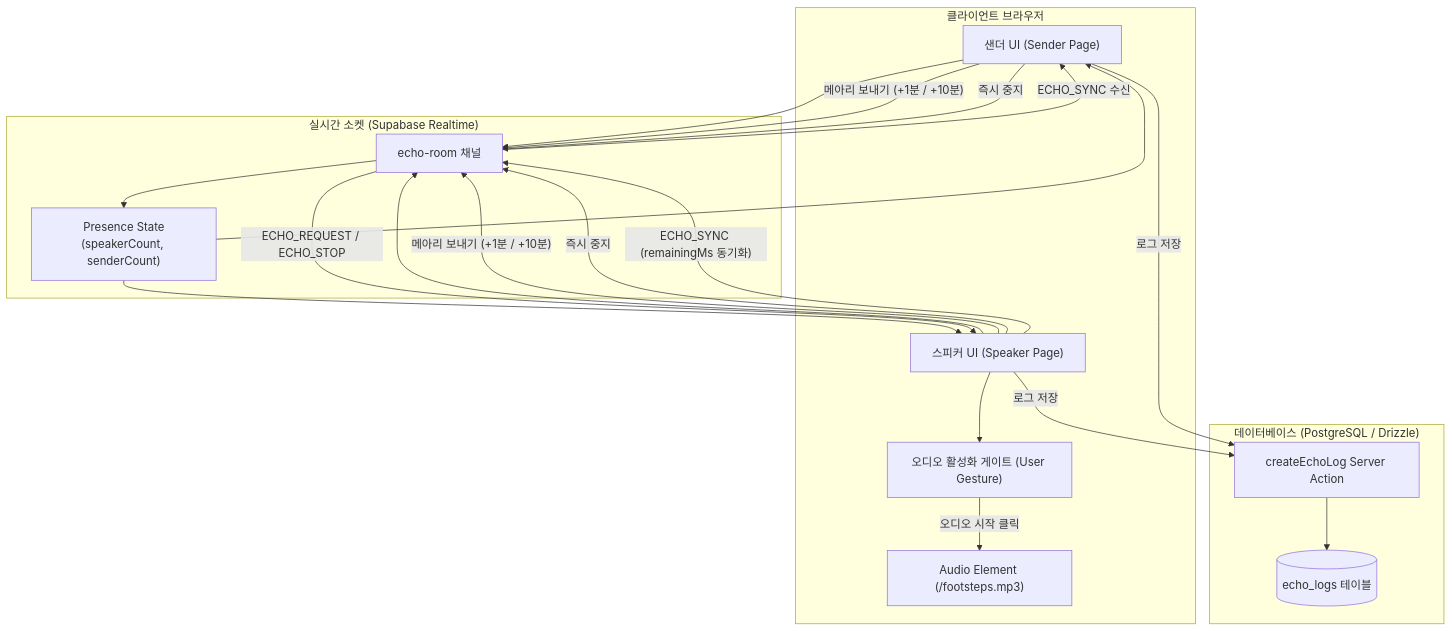
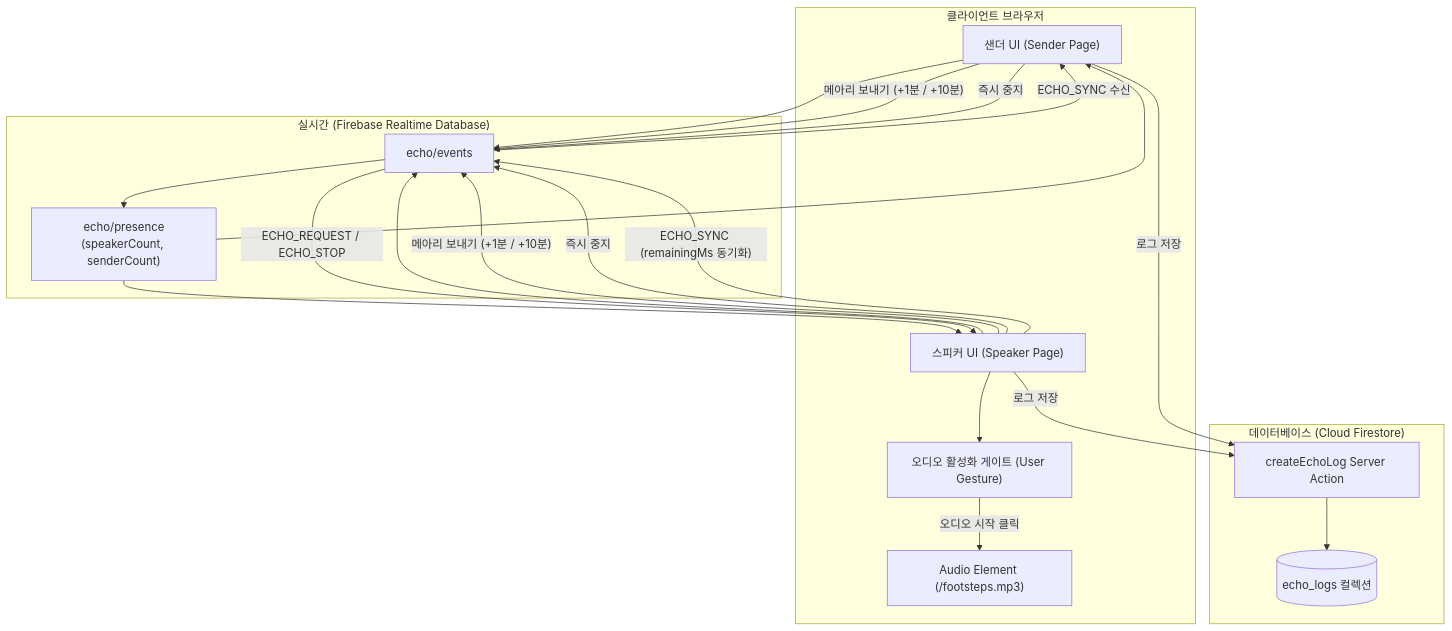
One commit to devyyj/joyopi changed the first of 2 diagrams in docs/02_메아리.md. Above: the diagram before and after it, drawn with Mermaid. The commit also changed other lines of this file and 40 other files, not shown here.

````diff
--- a/docs/02_메아리.md
+++ b/docs/02_메아리.md
@@ -51,42 +62,42 @@
 ```mermaid
 flowchart TD
     subgraph Client["클라이언트 브라우저"]
         SenderUI["샌더 UI (Sender Page)"]
         SpeakerUI["스피커 UI (Speaker Page)"]
         AudioGate["오디오 활성화 게이트 (User Gesture)"]
         AudioPlayer["Audio Element (/footsteps.mp3)"]
     end
 
-    subgraph Socket["실시간 소켓 (Supabase Realtime)"]
-        EchoRoom["echo-room 채널"]
-        Presence["Presence State\n(speakerCount, senderCount)"]
+    subgraph Socket["실시간 (Firebase Realtime Database)"]
+        EchoRoom["echo/events"]
+        Presence["echo/presence\n(speakerCount, senderCount)"]
     end
 
-    subgraph Database["데이터베이스 (PostgreSQL / Drizzle)"]
+    subgraph Database["데이터베이스 (Cloud Firestore)"]
         ServerAction["createEchoLog Server Action"]
-        EchoLogsDB[("echo_logs 테이블")]
+        EchoLogsDB[("echo_logs 컬렉션")]
     end
 
     SenderUI --> EchoRoom
     SpeakerUI --> EchoRoom
 
     EchoRoom --> Presence
     Presence --> SenderUI
     Presence --> SpeakerUI
 
     SpeakerUI --> AudioGate
     AudioGate -- "오디오 시작 클릭" --> AudioPlayer
 
     SenderUI -- "메아리 보내기 (+1분 / +10분)" --> EchoRoom
     SpeakerUI -- "메아리 보내기 (+1분 / +10분)" --> EchoRoom
     SenderUI -- "즉시 중지" --> EchoRoom
     SpeakerUI -- "즉시 중지" --> EchoRoom
 
     EchoRoom -- "ECHO_REQUEST / ECHO_STOP" --> SpeakerUI
     SpeakerUI -- "ECHO_SYNC (remainingMs 동기화)" --> EchoRoom
     EchoRoom -- "ECHO_SYNC 수신" --> SenderUI
 
     SpeakerUI -- "로그 저장" --> ServerAction
     SenderUI -- "로그 저장" --> ServerAction
     ServerAction --> EchoLogsDB
 ```
````
